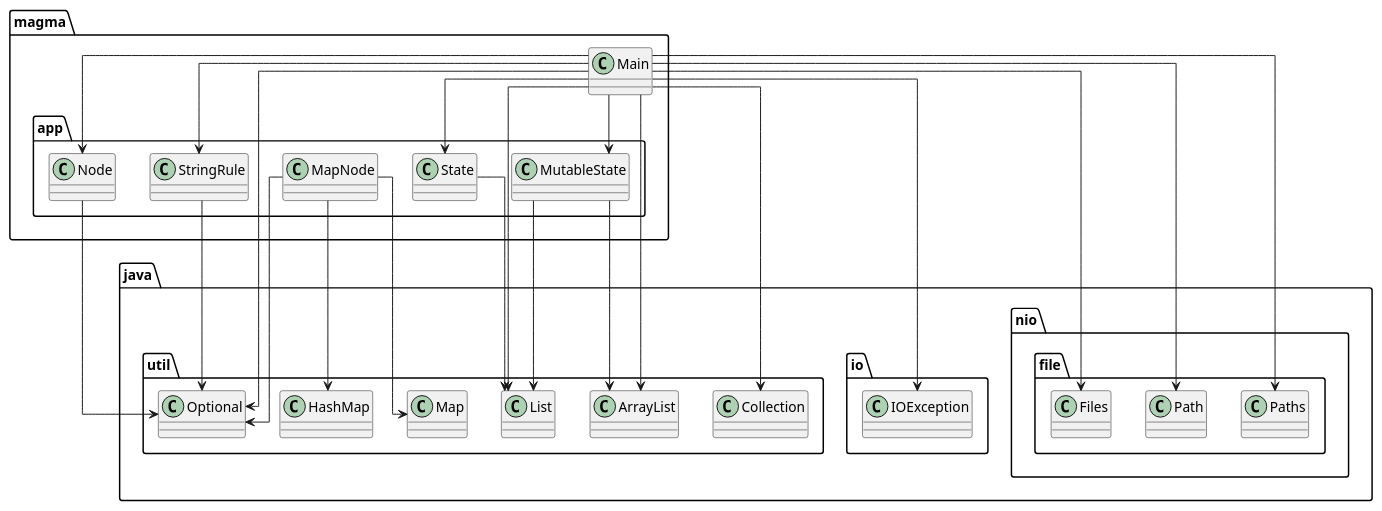
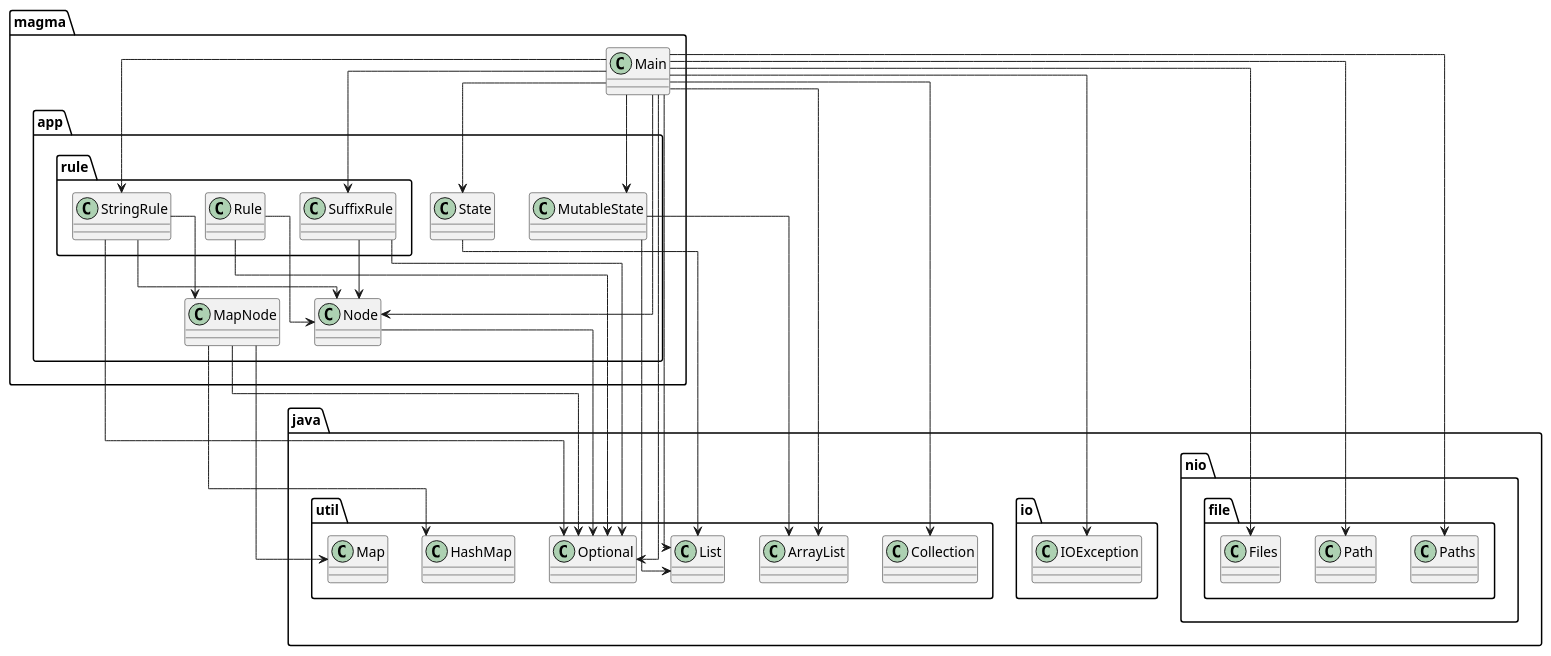
The diagram in diagram.puml (SirMathhman/Magma), drawn with PlantUML before and after one commit. The commit also changed 4 other files, not shown here.

```diff
--- a/diagram.puml
+++ b/diagram.puml
@@ -1,29 +1,38 @@
 @startuml
 skinparam linetype ortho
 class magma.app.MapNode
 magma.app.MapNode --> java.util.HashMap
 magma.app.MapNode --> java.util.Map
 magma.app.MapNode --> java.util.Optional
 class magma.app.MutableState
 magma.app.MutableState --> java.util.ArrayList
 magma.app.MutableState --> java.util.List
 class magma.app.Node
 magma.app.Node --> java.util.Optional
+class magma.app.rule.Rule
+magma.app.rule.Rule --> magma.app.Node
+magma.app.rule.Rule --> java.util.Optional
+class magma.app.rule.StringRule
+magma.app.rule.StringRule --> magma.app.MapNode
+magma.app.rule.StringRule --> magma.app.Node
+magma.app.rule.StringRule --> java.util.Optional
+class magma.app.rule.SuffixRule
+magma.app.rule.SuffixRule --> magma.app.Node
+magma.app.rule.SuffixRule --> java.util.Optional
 class magma.app.State
 magma.app.State --> java.util.List
-class magma.app.StringRule
-magma.app.StringRule --> java.util.Optional
 class magma.Main
 magma.Main --> magma.app.MutableState
 magma.Main --> magma.app.Node
 magma.Main --> magma.app.State
-magma.Main --> magma.app.StringRule
+magma.Main --> magma.app.rule.StringRule
+magma.Main --> magma.app.rule.SuffixRule
 magma.Main --> java.io.IOException
 magma.Main --> java.nio.file.Files
 magma.Main --> java.nio.file.Path
 magma.Main --> java.nio.file.Paths
 magma.Main --> java.util.ArrayList
 magma.Main --> java.util.Collection
 magma.Main --> java.util.List
 magma.Main --> java.util.Optional
 @enduml
```
